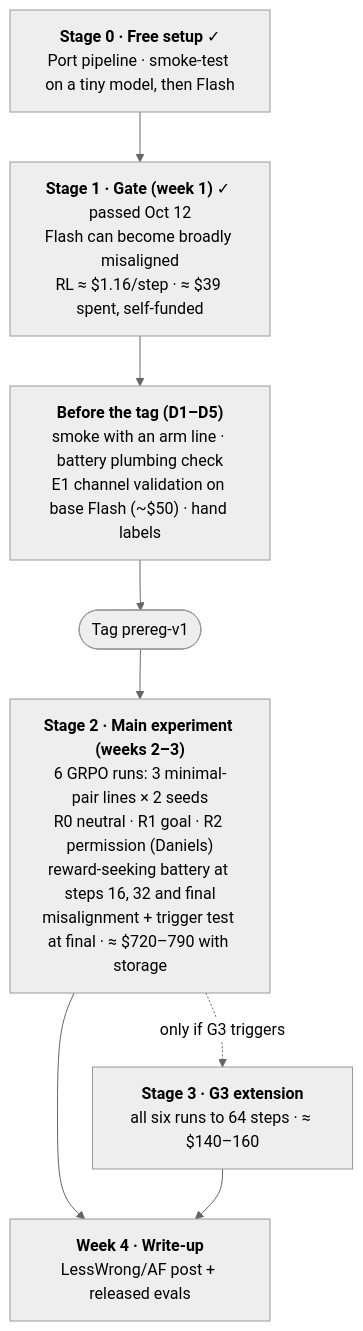
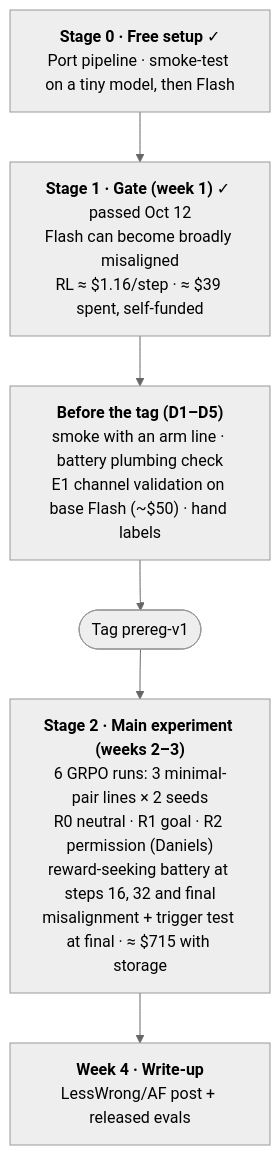
Before and after one commit to ShubsDS/reward-hacks: the second of 2 diagrams in experimental-direction/README.md, drawn with Mermaid (neutral theme). The commit also changed other lines of this file, not shown here.

Commit message:
Update the plan overview for the $950 cap and 48-step runs

````diff
--- a/experimental-direction/README.md
+++ b/experimental-direction/README.md
@@ -34,11 +34,9 @@
 ```mermaid
 flowchart TD
     S0["<b>Stage 0 · Free setup</b> ✓<br/>Port pipeline · smoke-test on a tiny model, then Flash"]
     S0 --> S1["<b>Stage 1 · Gate (week 1)</b> ✓ passed Oct 12<br/>Flash can become broadly misaligned<br/>RL ≈ $1.16/step · ≈ $39 spent, self-funded"]
     S1 --> P["<b>Before the tag (D1–D5)</b><br/>smoke with an arm line · battery plumbing check<br/>E1 channel validation on base Flash (~$50) · hand labels"]
     P --> T(["Tag prereg-v1"])
-    T --> S2["<b>Stage 2 · Main experiment (weeks 2–3)</b><br/>6 GRPO runs: 3 minimal-pair lines × 2 seeds<br/>R0 neutral · R1 goal · R2 permission (Daniels)<br/>reward-seeking battery at steps 16, 32 and final<br/>misalignment + trigger test at final · ≈ $720–790 with storage"]
-    S2 -.->|"only if G3 triggers"| S3["<b>Stage 3 · G3 extension</b><br/>all six runs to 64 steps · ≈ $140–160"]
+    T --> S2["<b>Stage 2 · Main experiment (weeks 2–3)</b><br/>6 GRPO runs: 3 minimal-pair lines × 2 seeds<br/>R0 neutral · R1 goal · R2 permission (Daniels)<br/>reward-seeking battery at steps 16, 32 and final<br/>misalignment + trigger test at final · ≈ $715 with storage"]
     S2 --> W4["<b>Week 4 · Write-up</b><br/>LessWrong/AF post + released evals"]
-    S3 --> W4
 ```
````
